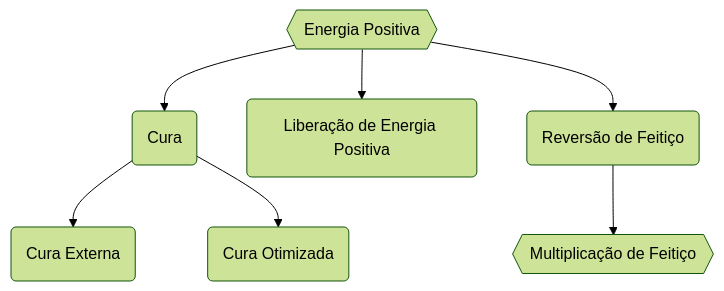
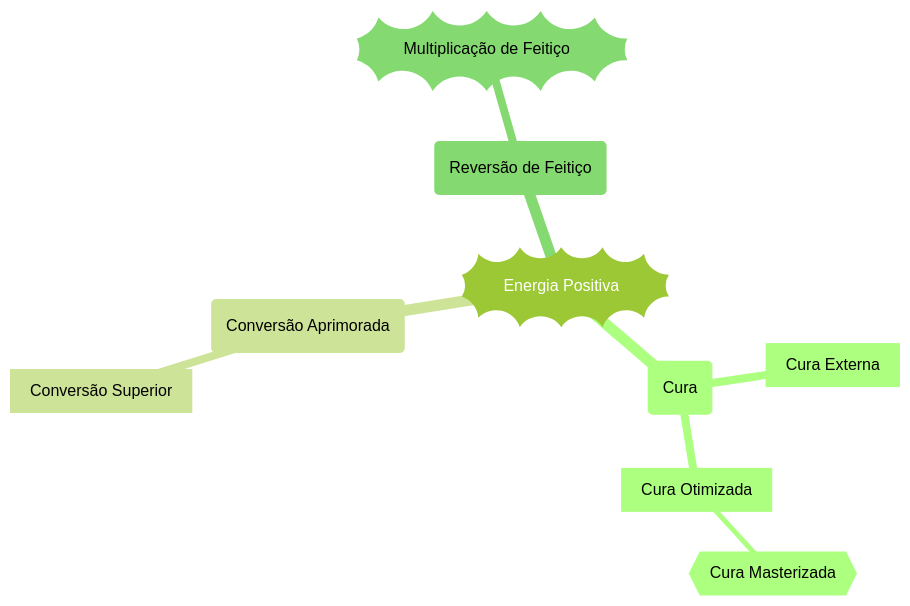
One commit to LuanSilveiraSouza/dnd-5e-jjk-suplement changed the diagram in content/Talentos/Energia Amaldiçoada Reversa.md. Above: the diagram before and after it, drawn with Mermaid (forest theme). The commit also changed other lines of this file and 17 other files, not shown here.

````diff
--- a/content/Talentos/Energia Amaldiçoada Reversa.md
+++ b/content/Talentos/Energia Amaldiçoada Reversa.md
@@ -1,10 +3,12 @@
 ```mermaid
-flowchart TD
-id1{{Energia Positiva}} --> id11(Cura)
-id11 --> id12(Cura Externa)
-id11 --> id13(Cura Otimizada)
-
-id1 --> id21(Liberação de Energia Positiva)
-id1 --> id22(Reversão de Feitiço)
-id22 --> id23{{Multiplicação de Feitiço}}
+mindmap
+))Energia Positiva((
+	(Cura)
+		[Cura Externa]
+		[Cura Otimizada]
+			{{Cura Masterizada}}
+	(Conversão Aprimorada)
+		[Conversão Superior]
+	(Reversão de Feitiço)
+		))Multiplicação de Feitiço((
 ```
````
